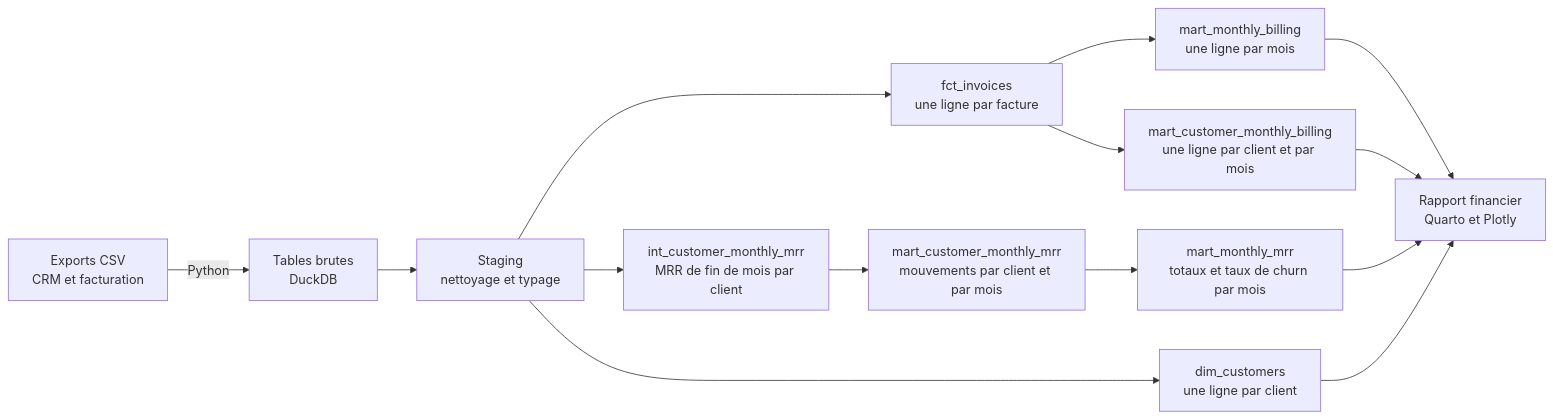
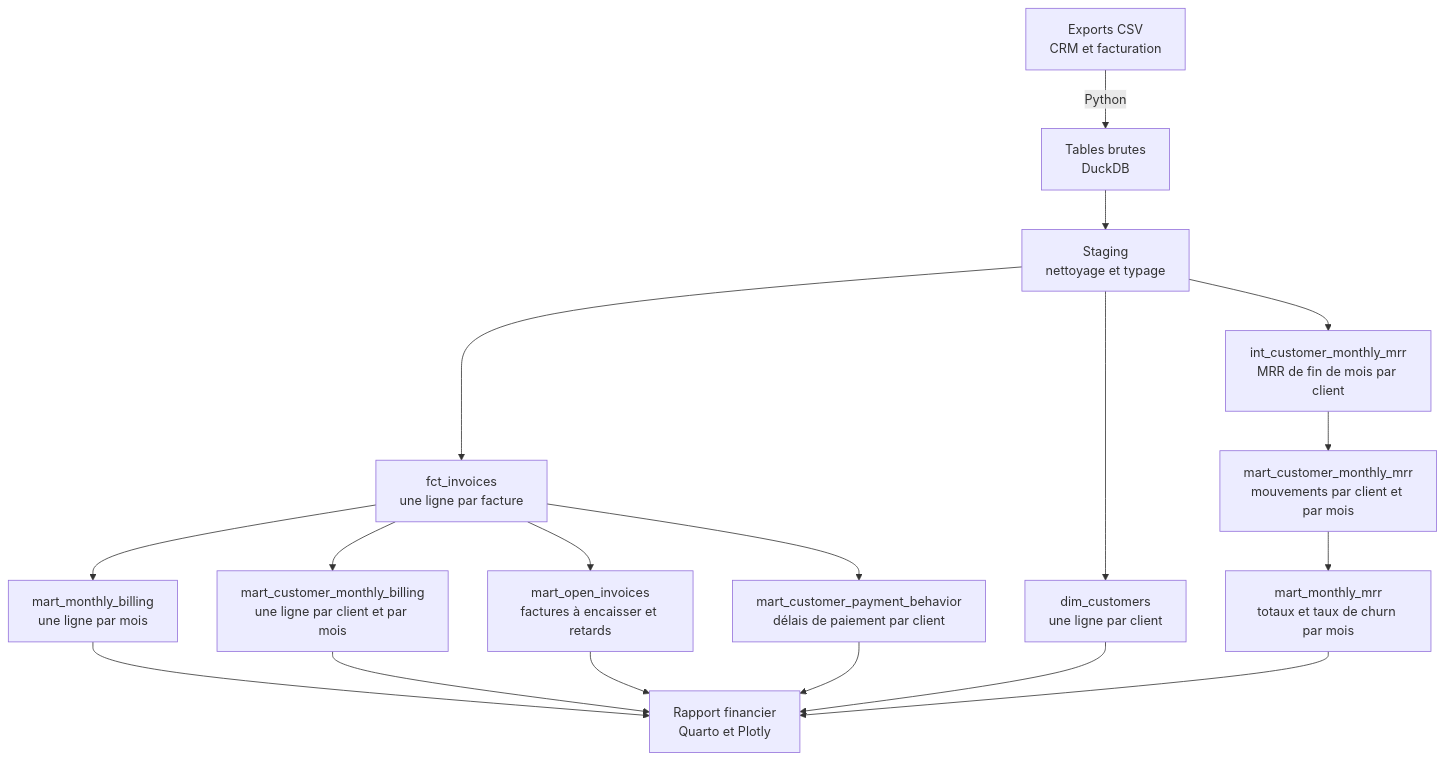
The diagram in README.md (MelvinBrdt/saas-revenue-analytics), drawn with Mermaid before and after one commit. The commit also changed other lines of this file, not shown here.

Commit message:
docs: add payments to README and make the diagram vertical

````diff
--- a/README.md
+++ b/README.md
@@ -84,13 +99,15 @@
 ```mermaid
-flowchart LR
+flowchart TD
     A[Exports CSV<br>CRM et facturation] -->|Python| B[Tables brutes<br>DuckDB]
     B --> C[Staging<br>nettoyage et typage]
     C --> D[fct_invoices<br>une ligne par facture]
     D --> E[mart_monthly_billing<br>une ligne par mois]
     D --> F[mart_customer_monthly_billing<br>une ligne par client et par mois]
     C --> J[dim_customers<br>une ligne par client]
     C --> G[int_customer_monthly_mrr<br>MRR de fin de mois par client]
     G --> H[mart_customer_monthly_mrr<br>mouvements par client et par mois]
     H --> I[mart_monthly_mrr<br>totaux et taux de churn par mois]
-    E & F & I & J --> K[Rapport financier<br>Quarto et Plotly]
+    D --> L[mart_open_invoices<br>factures à encaisser et retards]
+    D --> M[mart_customer_payment_behavior<br>délais de paiement par client]
+    E & F & I & J & L & M --> K[Rapport financier<br>Quarto et Plotly]
 ```
````
